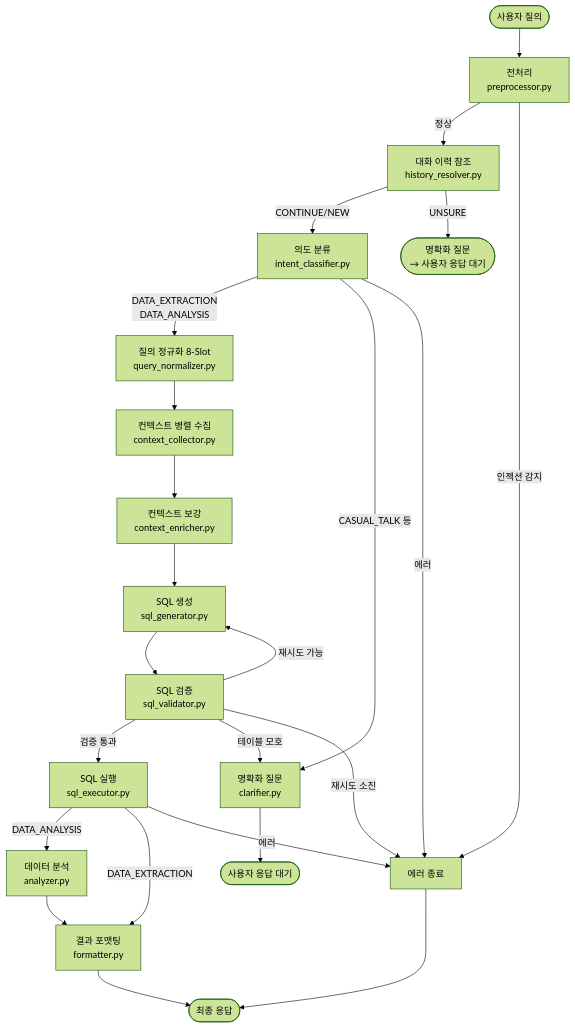
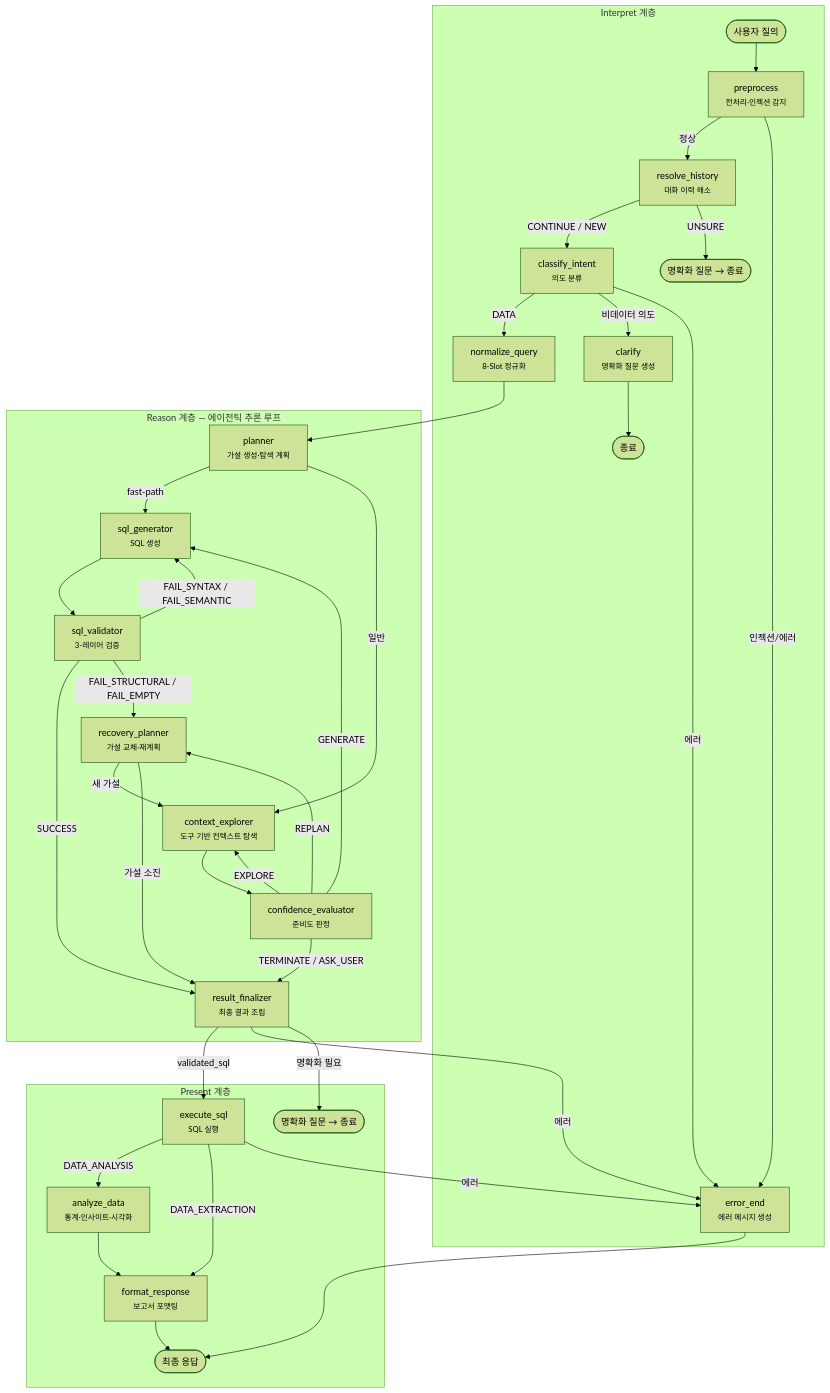
One commit to cheol-hee-han/data-copilot changed the first of 3 diagrams in docs/architecture/pipeline-architecture.md. Above: the diagram before and after it, drawn with Mermaid (forest theme). The commit also changed other lines of this file and 369 other files, not shown here.

````diff
--- a/docs/architecture/pipeline-architecture.md
+++ b/docs/architecture/pipeline-architecture.md
@@ -10,26 +34,44 @@
 ```mermaid
 flowchart TD
-    A([사용자 질의]) --> B[전처리<br/>preprocessor.py]
-    B -->|정상| R[대화 이력 참조<br/>history_resolver.py]
-    B -->|인젝션 감지| K[에러 종료]
-    R -->|CONTINUE/NEW| C[의도 분류<br/>intent_classifier.py]
-    R -->|UNSURE| END_R([명확화 질문<br/> → 사용자 응답 대기])
-    C -->|DATA_EXTRACTION<br/>DATA_ANALYSIS| D[질의 정규화 8-Slot<br/>query_normalizer.py]
-    C -->|CASUAL_TALK 등| E[명확화 질문<br/>clarifier.py]
-    C -->|에러| K
-    D --> F[컨텍스트 병렬 수집<br/>context_collector.py]
-    E --> END_E([사용자 응답 대기])
-    F --> F2[컨텍스트 보강<br/>context_enricher.py]
-    F2 --> G[SQL 생성<br/>sql_generator.py]
-    G --> H[SQL 검증<br/>sql_validator.py]
-    H -->|검증 통과| I[SQL 실행<br/>sql_executor.py]
-    H -->|재시도 가능| G
-    H -->|테이블 모호| E
-    H -->|재시도 소진| K
-    I -->|DATA_ANALYSIS| J[데이터 분석<br/>analyzer.py]
-    I -->|DATA_EXTRACTION| M[결과 포맷팅<br/>formatter.py]
-    I -->|에러| K
-    J --> M
-    M --> N([최종 응답])
-    K --> N
+    subgraph interpret["Interpret 계층"]
+        A([사용자 질의]) --> B["preprocess<br/><small>전처리·인젝션 감지</small>"]
+        B -->|정상| R["resolve_history<br/><small>대화 이력 해소</small>"]
+        B -->|인젝션/에러| ERR
+        R -->|CONTINUE / NEW| C["classify_intent<br/><small>의도 분류</small>"]
+        R -->|UNSURE| END_R([명확화 질문 → 종료])
+        C -->|DATA| D["normalize_query<br/><small>8-Slot 정규화</small>"]
+        C -->|비데이터 의도| CLR["clarify<br/><small>명확화 질문 생성</small>"]
+        C -->|에러| ERR
+        CLR --> END_CLR([종료])
+    end
+
+    subgraph reason["Reason 계층 — 에이전틱 추론 루프"]
+        D --> P["planner<br/><small>가설 생성·탐색 계획</small>"]
+        P -->|fast-path| GEN
+        P -->|일반| EXP["context_explorer<br/><small>도구 기반 컨텍스트 탐색</small>"]
+        EXP --> EVAL["confidence_evaluator<br/><small>준비도 판정</small>"]
+        EVAL -->|EXPLORE| EXP
+        EVAL -->|GENERATE| GEN["sql_generator<br/><small>SQL 생성</small>"]
+        EVAL -->|REPLAN| REC["recovery_planner<br/><small>가설 교체·재계획</small>"]
+        EVAL -->|TERMINATE / ASK_USER| FIN
+        GEN --> VAL["sql_validator<br/><small>3-레이어 검증</small>"]
+        VAL -->|SUCCESS| FIN["result_finalizer<br/><small>최종 결과 조립</small>"]
+        VAL -->|FAIL_SYNTAX / FAIL_SEMANTIC| GEN
+        VAL -->|FAIL_STRUCTURAL / FAIL_EMPTY| REC
+        REC -->|새 가설| EXP
+        REC -->|가설 소진| FIN
+    end
+
+    subgraph present["Present 계층"]
+        FIN -->|validated_sql| EXEC["execute_sql<br/><small>SQL 실행</small>"]
+        FIN -->|에러| ERR
+        FIN -->|명확화 필요| END_FIN_CLR([명확화 질문 → 종료])
+        EXEC -->|DATA_ANALYSIS| ANA["analyze_data<br/><small>통계·인사이트·시각화</small>"]
+        EXEC -->|DATA_EXTRACTION| FMT["format_response<br/><small>보고서 포맷팅</small>"]
+        EXEC -->|에러| ERR
+        ANA --> FMT
+        FMT --> END_OK([최종 응답])
+    end
+
+    ERR["error_end<br/><small>에러 메시지 생성</small>"] --> END_OK
 ```
````
